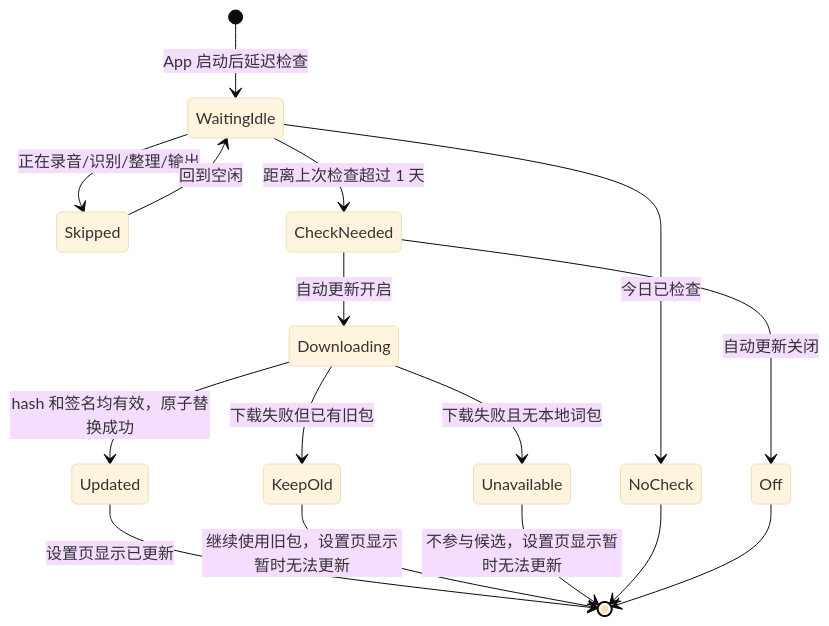
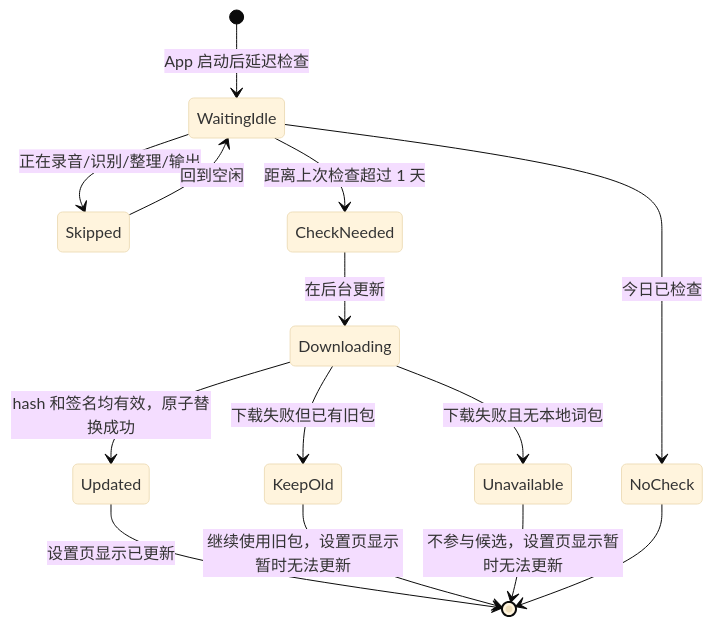
The second of 4 diagrams in docs/versions/1.4.0/INTERACTION_FLOW.zh-CN.md (whnnick/readytype), drawn with Mermaid (base theme) before and after one commit. The commit also changed other lines of this file and 12 other files, not shown here.

````diff
--- a/docs/versions/1.4.0/INTERACTION_FLOW.zh-CN.md
+++ b/docs/versions/1.4.0/INTERACTION_FLOW.zh-CN.md
@@ -29,18 +25,16 @@
 ```mermaid
 stateDiagram-v2
     [*] --> WaitingIdle: App 启动后延迟检查
     WaitingIdle --> Skipped: 正在录音/识别/整理/输出
     Skipped --> WaitingIdle: 回到空闲
     WaitingIdle --> CheckNeeded: 距离上次检查超过 1 天
     WaitingIdle --> NoCheck: 今日已检查
-    CheckNeeded --> Downloading: 自动更新开启
-    CheckNeeded --> Off: 自动更新关闭
+    CheckNeeded --> Downloading: 在后台更新
     Downloading --> Updated: hash 和签名均有效，原子替换成功
     Downloading --> KeepOld: 下载失败但已有旧包
     Downloading --> Unavailable: 下载失败且无本地词包
     Updated --> [*]: 设置页显示已更新
     KeepOld --> [*]: 继续使用旧包，设置页显示暂时无法更新
     Unavailable --> [*]: 不参与候选，设置页显示暂时无法更新
     NoCheck --> [*]
-    Off --> [*]
 ```
````
